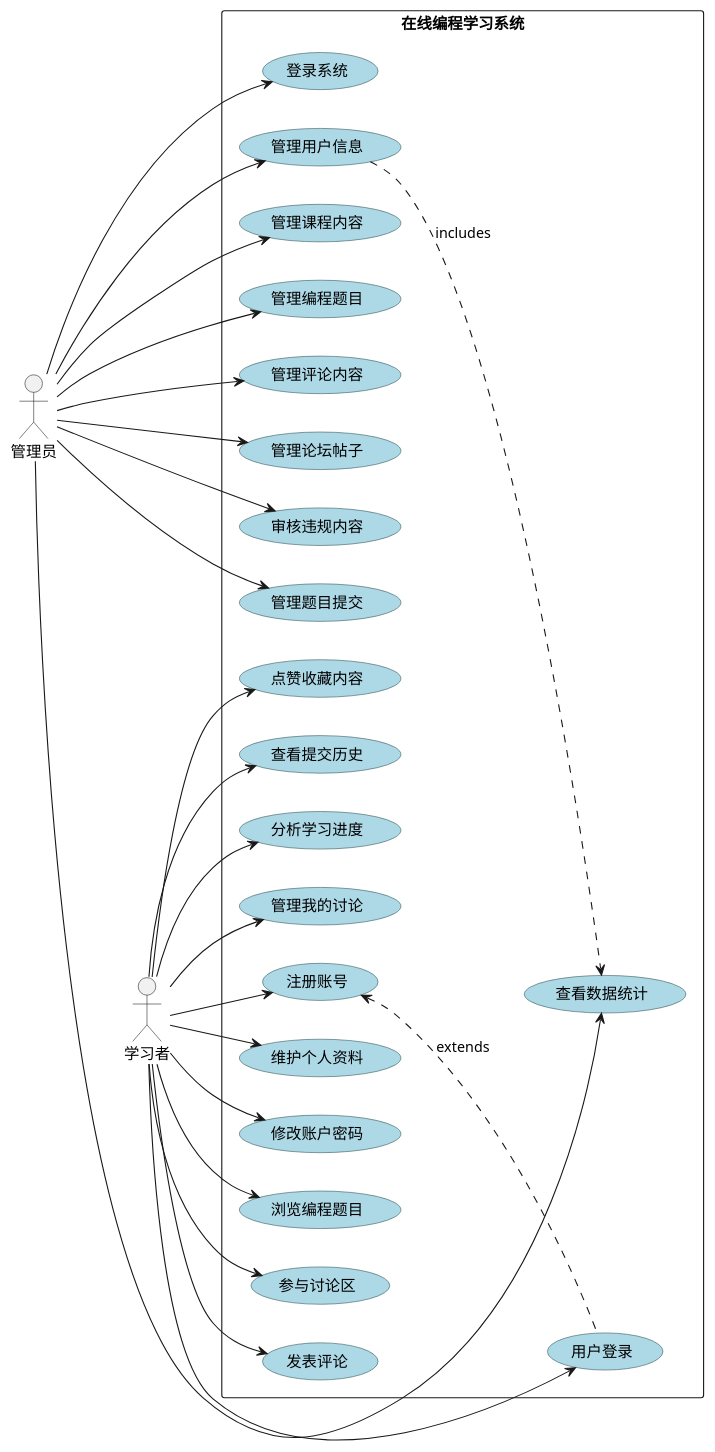
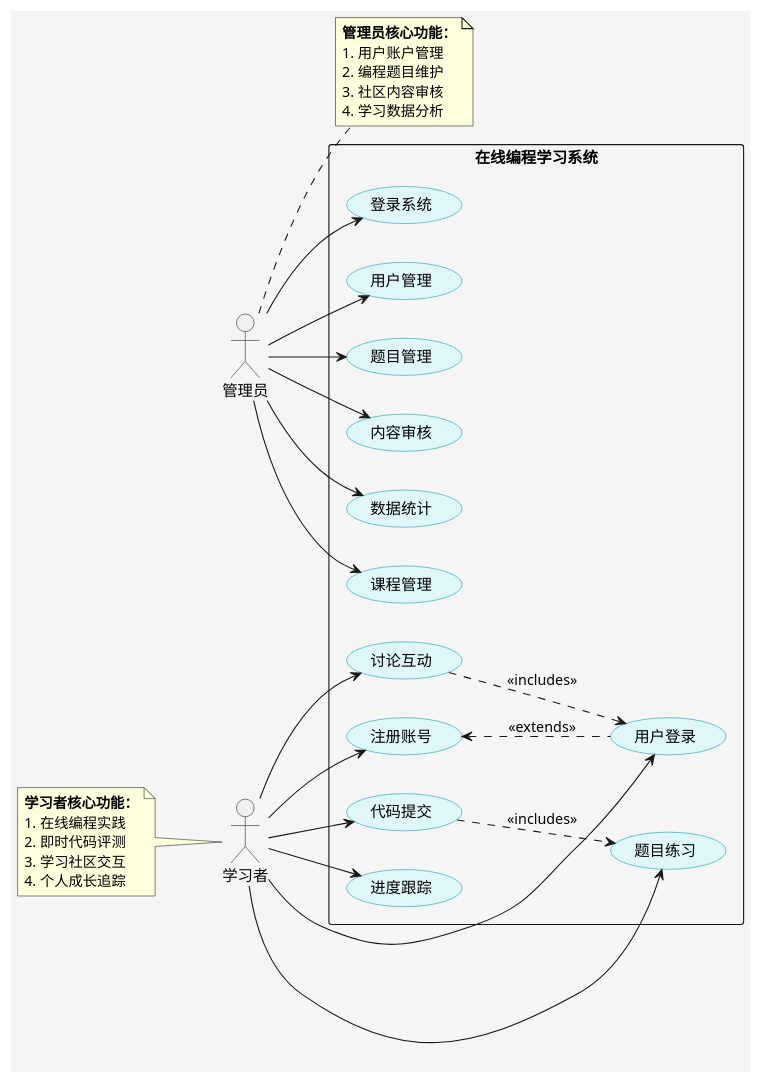
Before and after one commit to Zhu-WeiMing/oj-system: the diagram in oj-backend-Microservices/uml/系统用例图.puml, drawn with PlantUML. The commit also changed 12 other files, not shown here.

```diff
--- a/oj-backend-Microservices/uml/系统用例图.puml
+++ b/oj-backend-Microservices/uml/系统用例图.puml
@@ -1,44 +1,68 @@
 @startuml
 left to right direction
-skinparam packageStyle rectangle
+skinparam backgroundColor #F5F5F5
 skinparam usecase {
-  BackgroundColor #LightBlue
-  BorderColor DarkSlateGray
+  BackgroundColor #E0F7FA
+  BorderColor #0097A7
+  FontColor black
 }
 
 actor 管理员 as Admin
 actor 学习者 as Learner
 
 rectangle "在线编程学习系统" {
-  ' 管理员用例
-  Admin --> (登录系统)
-  Admin --> (查看数据统计)
-  Admin --> (管理用户信息)
-  Admin --> (管理课程内容)
-  Admin --> (管理编程题目)
-  Admin --> (管理评论内容)
-  Admin --> (管理论坛帖子)
-  Admin --> (审核违规内容)
-  Admin --> (管理题目提交)
+  ' 管理员用例群
+  (登录系统) as UC1
+  (用户管理) as UC2
+  (题目管理) as UC3
+  (内容审核) as UC4
+  (数据统计) as UC5
+  (课程管理) as UC6
 
-  ' 学习者用例
-  Learner --> (注册账号)
-  Learner --> (用户登录)
-  Learner --> (维护个人资料)
-  Learner --> (修改账户密码)
-  Learner --> (浏览编程题目)
-  Learner --> (参与讨论区)
-  Learner --> (发表评论)
-  Learner --> (点赞收藏内容)
-  Learner --> (查看提交历史)
-  Learner --> (分析学习进度)
-  Learner --> (管理我的讨论)
+  ' 学习者用例群
+  (注册账号) as UC7
+  (用户登录) as UC8
+  (题目练习) as UC9
+  (代码提交) as UC10
+  (讨论互动) as UC11
+  (进度跟踪) as UC12
 
-  ' 通用关系
-  (用户登录) .u.> (注册账号) : extends
-  (管理用户信息) .d.> (查看数据统计) : includes
+  ' 管理员关系
+  Admin --> UC1
+  Admin --> UC2
+  Admin --> UC3
+  Admin --> UC4
+  Admin --> UC5
+  Admin --> UC6
+
+  ' 学习者关系
+  Learner --> UC7
+  Learner --> UC8
+  Learner --> UC9
+  Learner --> UC10
+  Learner --> UC11
+  Learner --> UC12
+
+  ' 扩展关系
+  UC8 .u.> UC7 : <<extends>>
+  UC10 .d.> UC9 : <<includes>>
+  UC11 .d.> UC8 : <<includes>>
 }
 
-' 标注关键功能关系
-Admin -[hidden]-> Learner
+note right of Admin
+  **管理员核心功能：**
+  1. 用户账户管理
+  2. 编程题目维护
+  3. 社区内容审核
+  4. 学习数据分析
+end note
+
+note left of Learner
+  **学习者核心功能：**
+  1. 在线编程实践
+  2. 即时代码评测
+  3. 学习社区交互
+  4. 个人成长追踪
+end note
+
 @enduml
```
